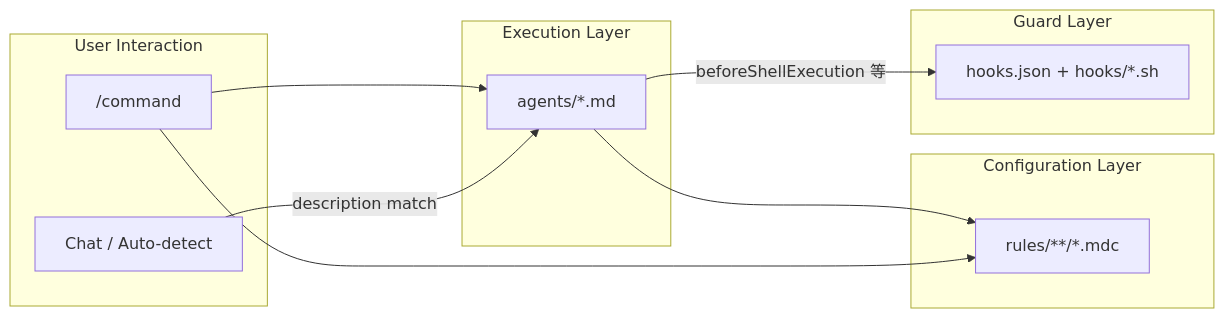
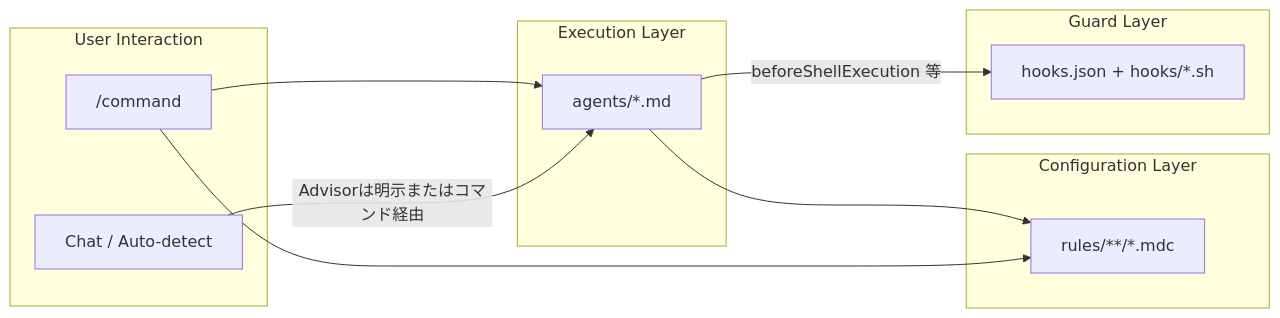
One commit to yug1224/dotfiles changed the first of 2 diagrams in packages/cursor/README.md. Above: the diagram before and after it, drawn with Mermaid. The commit also changed other lines of this file and 4 other files, not shown here.

````diff
--- a/packages/cursor/README.md
+++ b/packages/cursor/README.md
@@ -24,21 +24,21 @@
 ```mermaid
 flowchart LR
     subgraph user [User Interaction]
         Command["/command"]
         Chat["Chat / Auto-detect"]
     end
     subgraph execution [Execution Layer]
         Agent["agents/*.md"]
     end
     subgraph config [Configuration Layer]
         Rule["rules/**/*.mdc"]
     end
     subgraph guard [Guard Layer]
         Hook["hooks.json + hooks/*.sh"]
     end
     Command --> Agent
-    Chat -->|"description match"| Agent
+    Chat -->|"Advisorは明示またはコマンド経由"| Agent
     Agent --> Rule
     Command --> Rule
     Agent -->|"beforeShellExecution 等"| Hook
 ```
````
